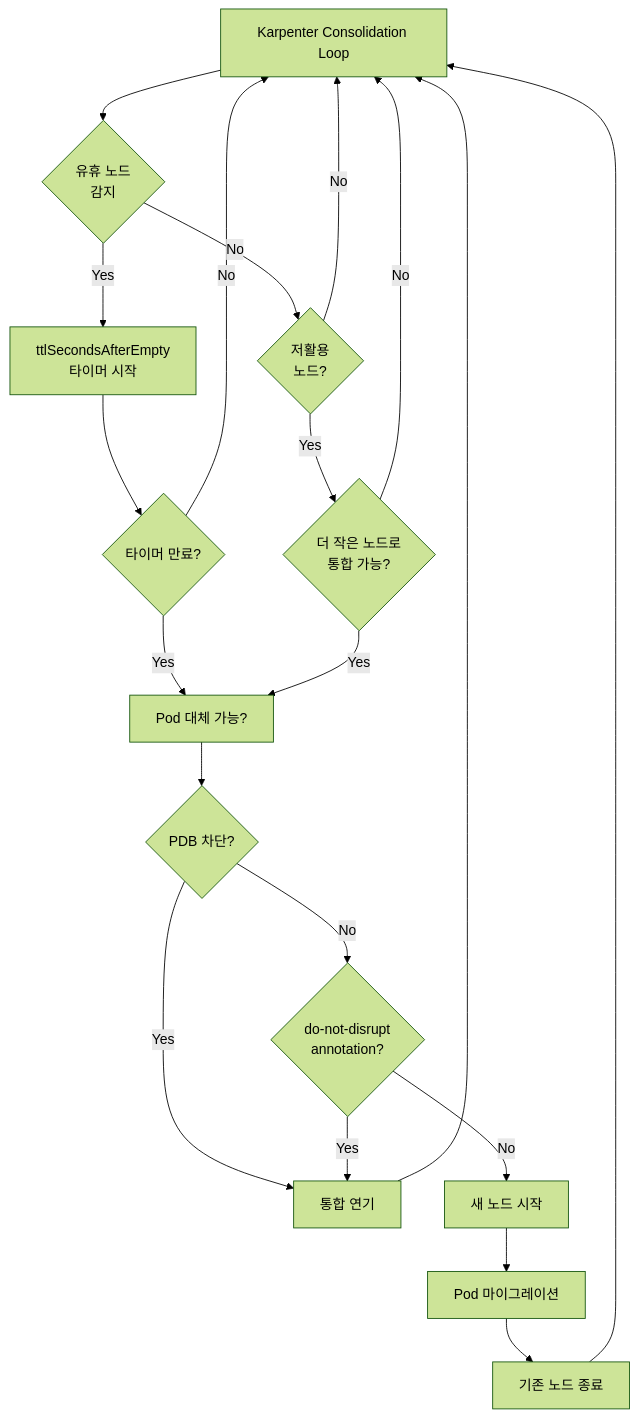
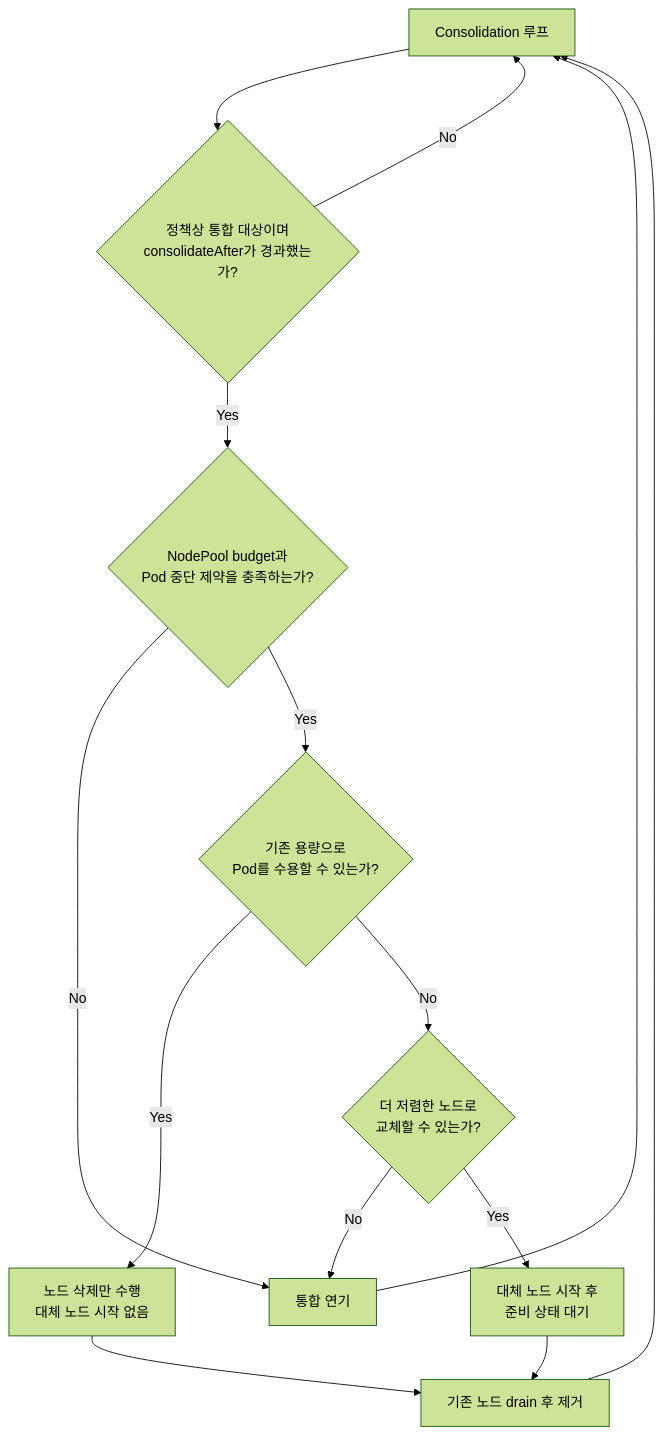
The third of 4 diagrams in docs/eks-best-practices/operations-reliability/eks-debugging/karpenter.md (devfloor9/engineering-playbook), drawn with Mermaid (forest theme) before and after one commit. The commit also changed other lines of this file and 2 other files, not shown here.

First line of the commit message:
Correct Karpenter disruption windows and lifecycle diagrams

````diff
--- a/docs/eks-best-practices/operations-reliability/eks-debugging/karpenter.md
+++ b/docs/eks-best-practices/operations-reliability/eks-debugging/karpenter.md
@@ -202,28 +206,16 @@
 ```mermaid
 flowchart TD
-    A[Karpenter Consolidation Loop] --> B{유휴 노드<br/>감지}
-    B -->|Yes| C[ttlSecondsAfterEmpty<br/>타이머 시작]
-    B -->|No| D{저활용<br/>노드?}
-
-    C --> E{타이머 만료?}
-    E -->|Yes| F[Pod 대체 가능?]
-    E -->|No| A
-
-    D -->|Yes| G{더 작은 노드로<br/>통합 가능?}
-    D -->|No| A
-
-    G -->|Yes| F
-    G -->|No| A
-
-    F --> H{PDB 차단?}
-    H -->|Yes| I[통합 연기]
-    H -->|No| J{do-not-disrupt<br/>annotation?}
-
-    J -->|Yes| I
-    J -->|No| K[새 노드 시작]
-
+    A[Consolidation 루프] --> B{정책상 통합 대상이며<br/>consolidateAfter가 경과했는가?}
+    B -->|No| A
+    B -->|Yes| C{NodePool budget과<br/>Pod 중단 제약을 충족하는가?}
+    C -->|No| I[통합 연기]
+    C -->|Yes| D{기존 용량으로<br/>Pod를 수용할 수 있는가?}
+    D -->|Yes| E[노드 삭제만 수행<br/>대체 노드 시작 없음]
+    D -->|No| F{더 저렴한 노드로<br/>교체할 수 있는가?}
+    F -->|No| I
+    F -->|Yes| G[대체 노드 시작 후<br/>준비 상태 대기]
+    E --> H[기존 노드 drain 후 제거]
+    G --> H
+    H --> A
     I --> A
-    K --> L[Pod 마이그레이션]
-    L --> M[기존 노드 종료]
-    M --> A
 ```
````
